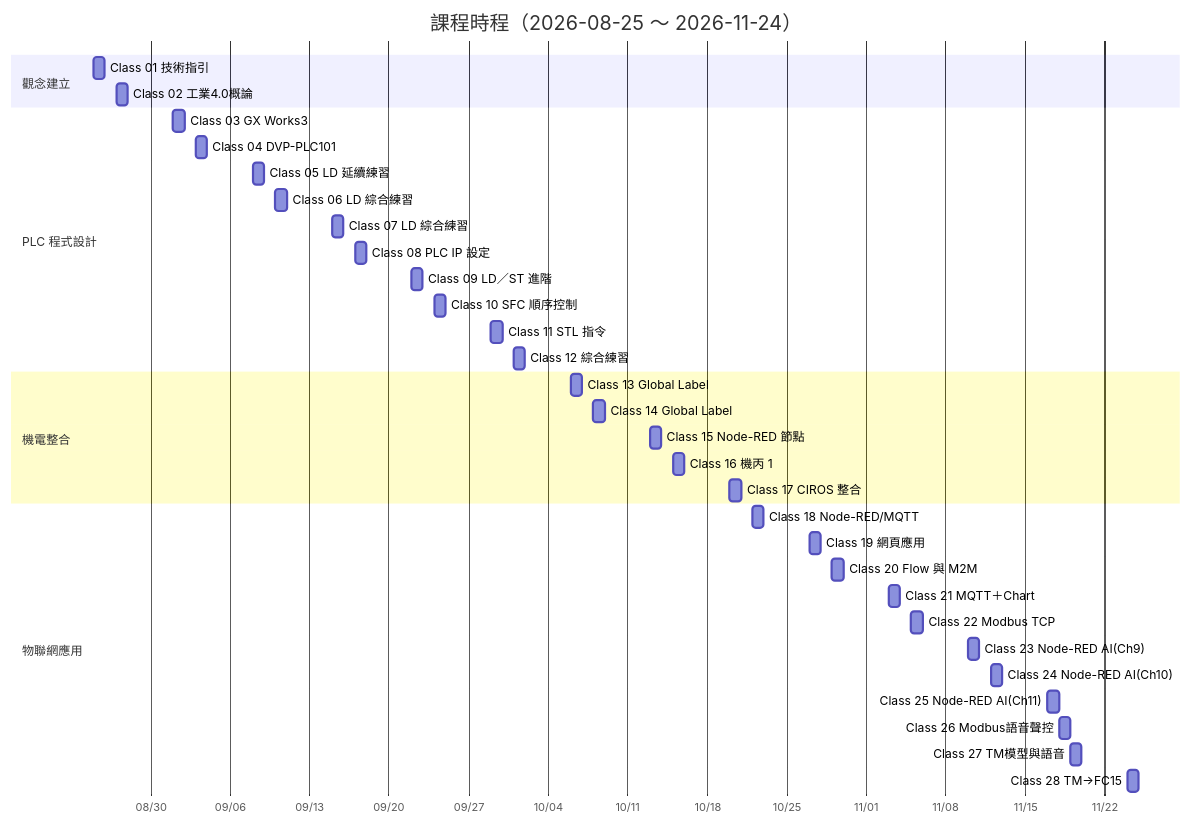
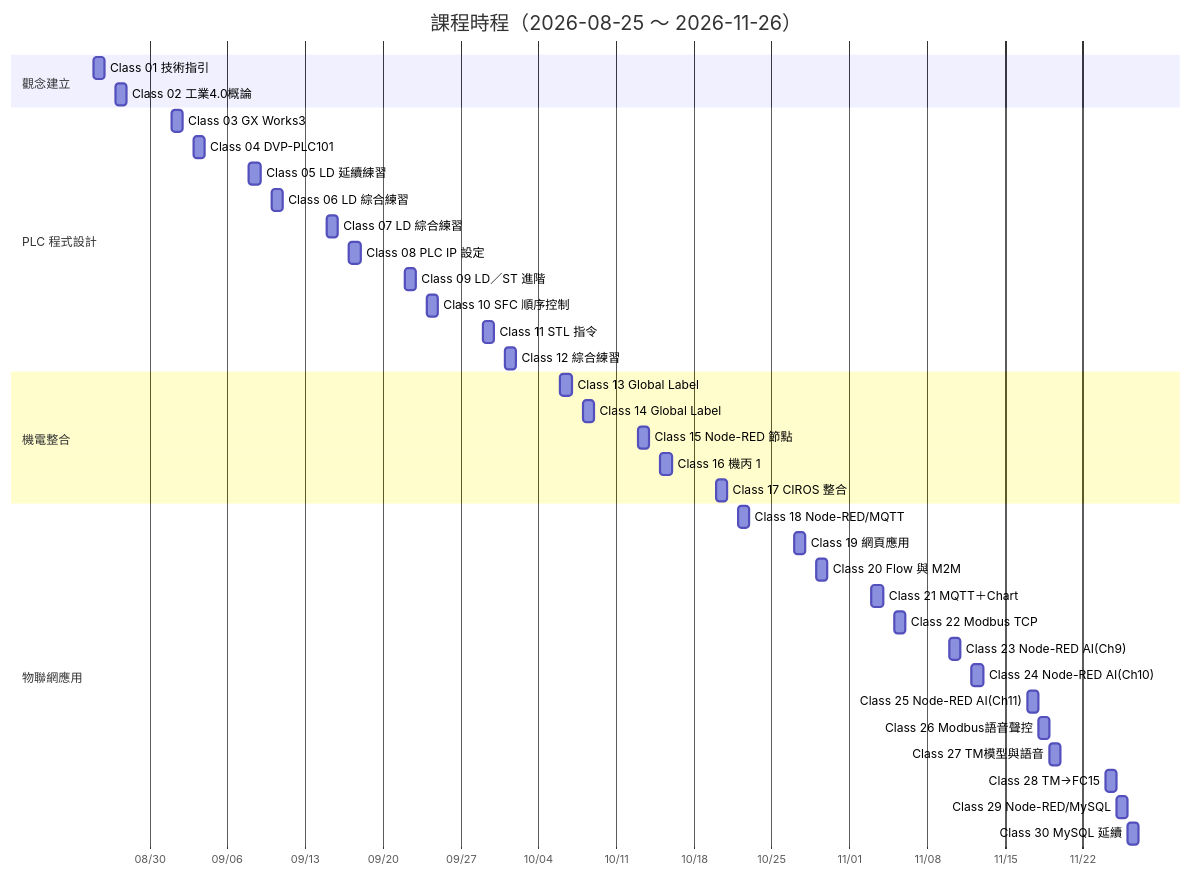
Before and after one commit to yd7148/INDUSTRY-4.0: the second of 3 diagrams in docs/COURSE-MAP.md, drawn with Mermaid. The commit also changed other lines of this file and 2 other files, not shown here.

Commit message:
Sync docs for Class-29/30 (30 classes, 31 videos, timeline and MySQL SVG)

````diff
--- a/docs/COURSE-MAP.md
+++ b/docs/COURSE-MAP.md
@@ -80,38 +86,40 @@
 ```mermaid
 gantt
-    title 課程時程（2026-08-25 ～ 2026-11-24）
+    title 課程時程（2026-08-25 ～ 2026-11-26）
     dateFormat YYYY-MM-DD
     axisFormat %m/%d
     section 觀念建立
     Class 01 技術指引        :c01, 2026-08-25, 1d
     Class 02 工業4.0概論      :c02, 2026-08-27, 1d
     section PLC 程式設計
     Class 03 GX Works3       :c03, 2026-09-01, 1d
     Class 04 DVP-PLC101      :c04, 2026-09-03, 1d
     Class 05 LD 延續練習      :c05, 2026-09-08, 1d
     Class 06 LD 綜合練習      :c06, 2026-09-10, 1d
     Class 07 LD 綜合練習      :c07, 2026-09-15, 1d
     Class 08 PLC IP 設定      :c08, 2026-09-17, 1d
     Class 09 LD／ST 進階      :c09, 2026-09-22, 1d
     Class 10 SFC 順序控制     :c10, 2026-09-24, 1d
     Class 11 STL 指令         :c11, 2026-09-29, 1d
     Class 12 綜合練習         :c12, 2026-10-01, 1d
     section 機電整合
     Class 13 Global Label    :c13, 2026-10-06, 1d
     Class 14 Global Label    :c14, 2026-10-08, 1d
     Class 15 Node-RED 節點    :c15, 2026-10-13, 1d
     Class 16 機丙 1           :c16, 2026-10-15, 1d
     Class 17 CIROS 整合       :c17, 2026-10-20, 1d
     section 物聯網應用
     Class 18 Node-RED/MQTT   :c18, 2026-10-22, 1d
     Class 19 網頁應用         :c19, 2026-10-27, 1d
     Class 20 Flow 與 M2M      :c20, 2026-10-29, 1d
     Class 21 MQTT＋Chart     :c21, 2026-11-03, 1d
     Class 22 Modbus TCP      :c22, 2026-11-05, 1d
     Class 23 Node-RED AI(Ch9) :c23, 2026-11-10, 1d
     Class 24 Node-RED AI(Ch10):c24, 2026-11-12, 1d
     Class 25 Node-RED AI(Ch11):c25, 2026-11-17, 1d
     Class 26 Modbus語音聲控  :c26, 2026-11-18, 1d
     Class 27 TM模型與語音    :c27, 2026-11-19, 1d
     Class 28 TM→FC15        :c28, 2026-11-24, 1d
+    Class 29 Node-RED/MySQL :c29, 2026-11-25, 1d
+    Class 30 MySQL 延續      :c30, 2026-11-26, 1d
 ```
````
